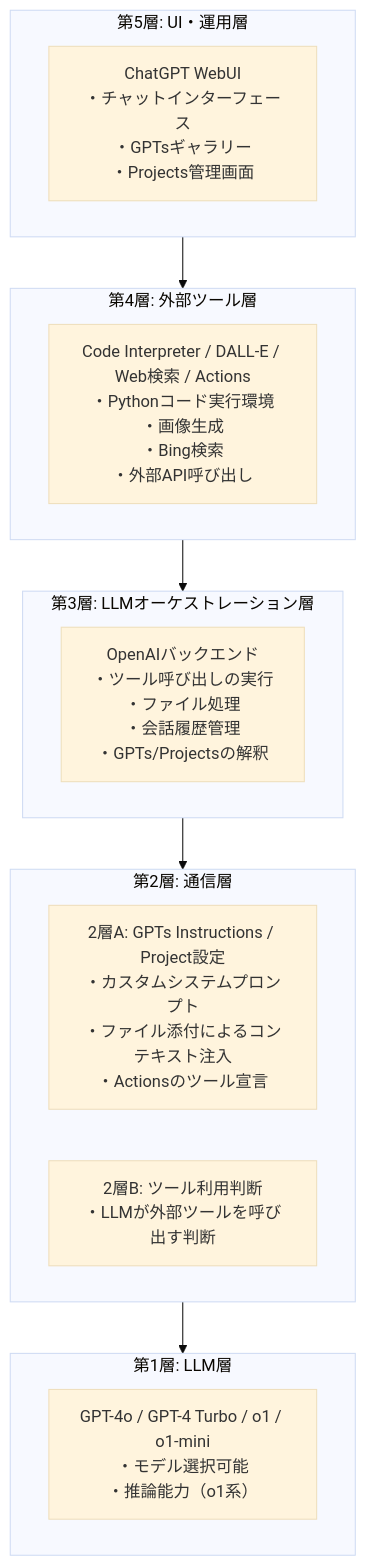
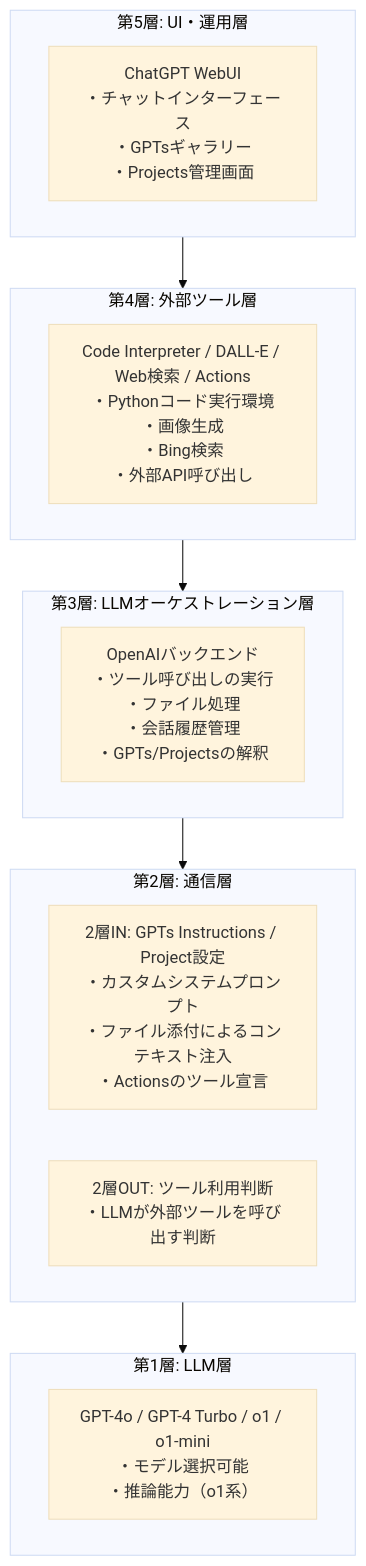
The first of 5 diagrams in books/ai-agent-layered-map/07-5-chatgpt.md (fsitlab/zenn), drawn with Mermaid (base theme) before and after one commit. The commit also changed other lines of this file and 12 other files, not shown here.

````diff
--- a/books/ai-agent-layered-map/07-5-chatgpt.md
+++ b/books/ai-agent-layered-map/07-5-chatgpt.md
@@ -58,28 +58,28 @@
 ```mermaid
 flowchart TB
     subgraph Layer5["第5層: UI・運用層"]
         WebUI["ChatGPT WebUI<br/>・チャットインターフェース<br/>・GPTsギャラリー<br/>・Projects管理画面"]
     end
 
     subgraph Layer4["第4層: 外部ツール層"]
         ExtTools["Code Interpreter / DALL-E / Web検索 / Actions<br/>・Pythonコード実行環境<br/>・画像生成<br/>・Bing検索<br/>・外部API呼び出し"]
     end
 
     subgraph Layer3["第3層: LLMオーケストレーション層"]
         Backend["OpenAIバックエンド<br/>・ツール呼び出しの実行<br/>・ファイル処理<br/>・会話履歴管理<br/>・GPTs/Projectsの解釈"]
     end
 
     subgraph Layer2["第2層: 通信層"]
-        Layer2A["2層A: GPTs Instructions / Project設定<br/>・カスタムシステムプロンプト<br/>・ファイル添付によるコンテキスト注入<br/>・Actionsのツール宣言"]
-        Layer2B["2層B: ツール利用判断<br/>・LLMが外部ツールを呼び出す判断"]
+        Layer2A["2層IN: GPTs Instructions / Project設定<br/>・カスタムシステムプロンプト<br/>・ファイル添付によるコンテキスト注入<br/>・Actionsのツール宣言"]
+        Layer2B["2層OUT: ツール利用判断<br/>・LLMが外部ツールを呼び出す判断"]
     end
 
     subgraph Layer1["第1層: LLM層"]
         LLM["GPT-4o / GPT-4 Turbo / o1 / o1-mini<br/>・モデル選択可能<br/>・推論能力（o1系）"]
     end
 
     Layer5 --> Layer4
     Layer4 --> Layer3
     Layer3 --> Layer2
     Layer2 --> Layer1
 ```
````
